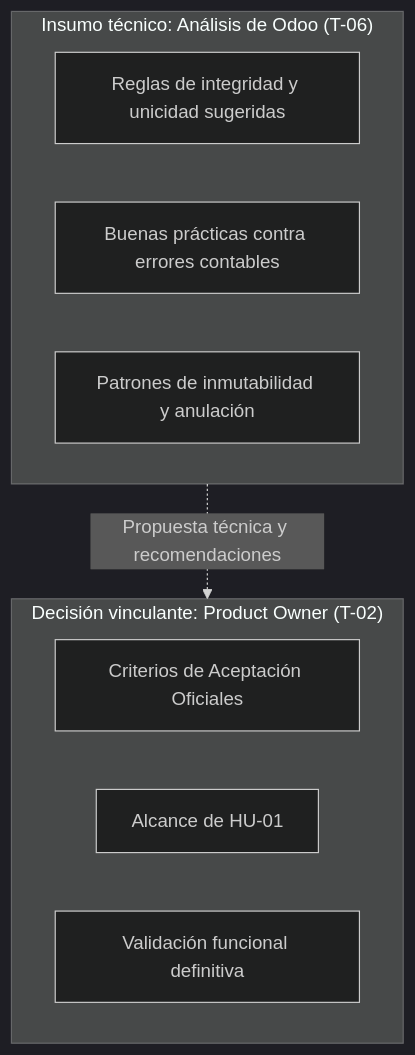
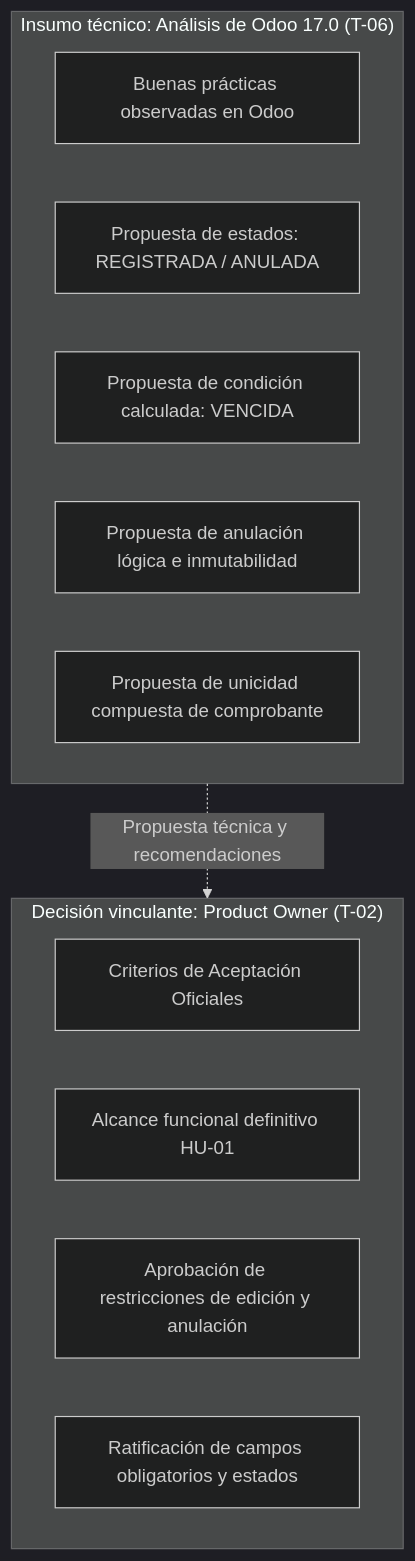
The second of 2 diagrams in docs/referencias/odoo-primer-crud.md (LeonHatches/fsi-erp-cuentas-por-pagar), drawn with Mermaid (dark theme) before and after one commit. The commit also changed other lines of this file and 1 other file, not shown here.

````diff
--- a/docs/referencias/odoo-primer-crud.md
+++ b/docs/referencias/odoo-primer-crud.md
@@ -230,16 +321,19 @@
 ```mermaid
 flowchart TD
     subgraph PO["Decisión vinculante: Product Owner (T-02)"]
         A["Criterios de Aceptación Oficiales"]
-        B["Alcance de HU-01"]
-        C["Validación funcional definitiva"]
+        B["Alcance funcional definitivo HU-01"]
+        C["Aprobación de restricciones de edición y anulación"]
+        D["Ratificación de campos obligatorios y estados"]
     end
 
-    subgraph OdooRef["Insumo técnico: Análisis de Odoo (T-06)"]
-        D["Reglas de integridad y unicidad sugeridas"]
-        E["Buenas prácticas contra errores contables"]
-        F["Patrones de inmutabilidad y anulación"]
+    subgraph OdooRef["Insumo técnico: Análisis de Odoo 17.0 (T-06)"]
+        E["Buenas prácticas observadas en Odoo"]
+        F["Propuesta de estados: REGISTRADA / ANULADA"]
+        G["Propuesta de condición calculada: VENCIDA"]
+        H["Propuesta de anulación lógica e inmutabilidad"]
+        I["Propuesta de unicidad compuesta de comprobante"]
     end
 
     OdooRef -.->|Propuesta técnica y recomendaciones| PO
 ```
````
